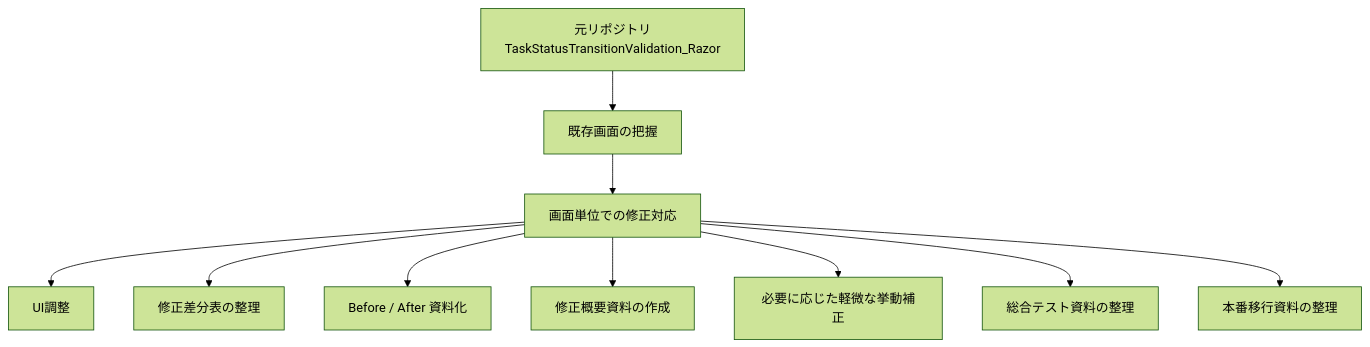
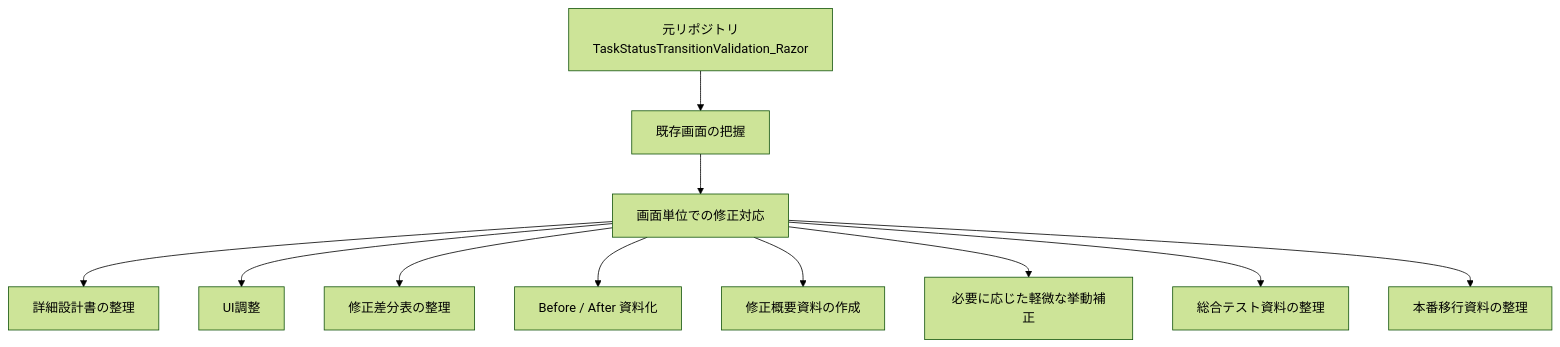
The diagram in README.md (fewioaghwrao/TaskStatusTransitionValidation-RazorPages), drawn with Mermaid (forest theme) before and after one commit. The commit also changed other lines of this file, not shown here.

````diff
--- a/README.md
+++ b/README.md
@@ -35,12 +36,13 @@
 ```mermaid
 flowchart TD
     A[元リポジトリ<br/>TaskStatusTransitionValidation_Razor] --> B[既存画面の把握]
     B --> C[画面単位での修正対応]
-    C --> D[UI調整]
-    C --> E[修正差分表の整理]
-    C --> F[Before / After 資料化]
-    C --> G[修正概要資料の作成]
-    C --> H[必要に応じた軽微な挙動補正]
-    C --> I[総合テスト資料の整理]
-    C --> J[本番移行資料の整理]
+    C --> D[詳細設計書の整理]
+    C --> E[UI調整]
+    C --> F[修正差分表の整理]
+    C --> G[Before / After 資料化]
+    C --> H[修正概要資料の作成]
+    C --> I[必要に応じた軽微な挙動補正]
+    C --> J[総合テスト資料の整理]
+    C --> K[本番移行資料の整理]
 ```
````
